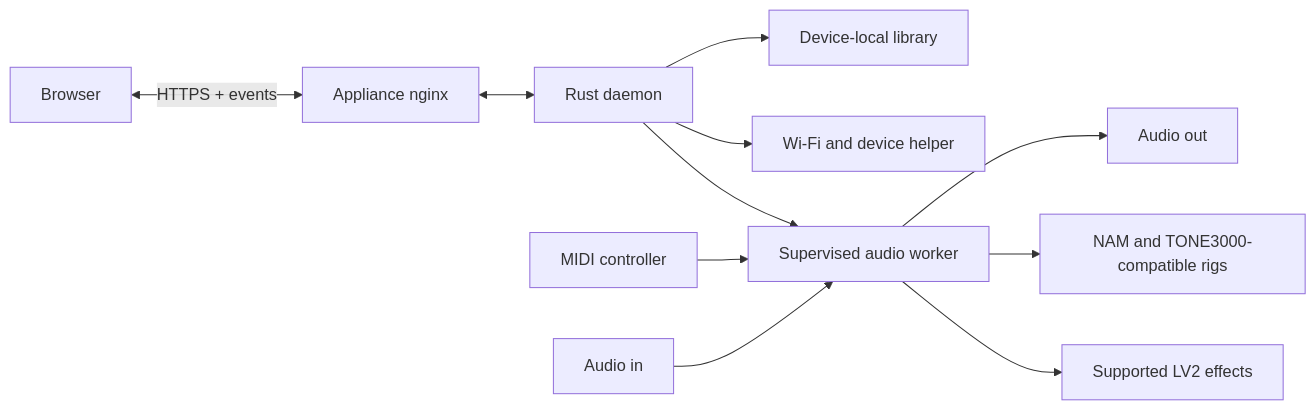
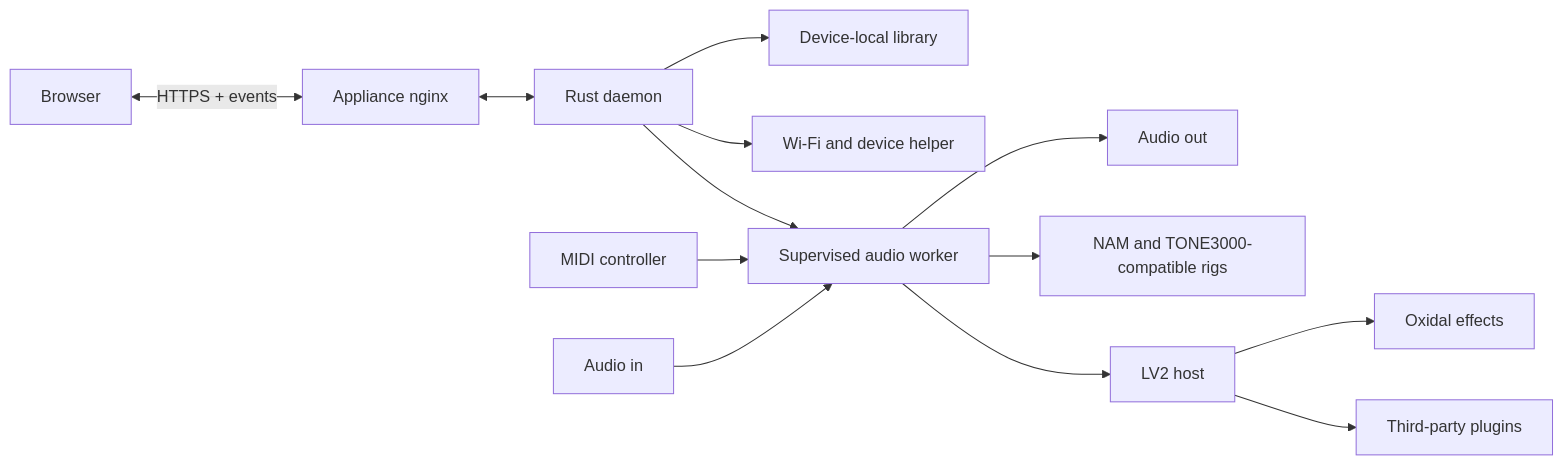
The second of 2 diagrams in README.md (oxidalhq/oxidal), drawn with Mermaid before and after one commit. The commit also changed other lines of this file, not shown here.

Commit message:
docs: tighten the README into bullets, tables and diagrams

````diff
--- a/README.md
+++ b/README.md
@@ -79,12 +78,14 @@
 ```mermaid
 flowchart LR
     UI[Browser] <-->|HTTPS + events| Proxy[Appliance nginx]
     Proxy <--> API[Rust daemon]
     API --> Store[Device-local library]
     API --> Device[Wi-Fi and device helper]
     API --> DSP[Supervised audio worker]
     MIDI[MIDI controller] --> DSP
     Input[Audio in] --> DSP --> Output[Audio out]
     DSP --> Native[NAM and TONE3000-compatible rigs]
-    DSP --> LV2[Supported LV2 effects]
+    DSP --> LV2[LV2 host]
+    LV2 --> OX[Oxidal effects]
+    LV2 --> TP[Third-party plugins]
 ```
````
